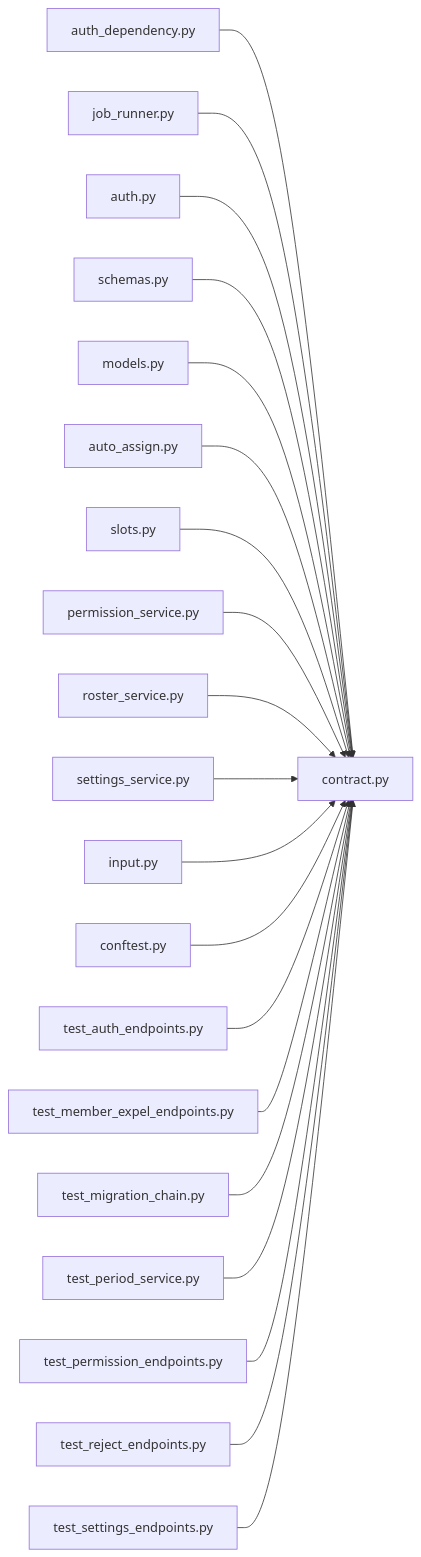
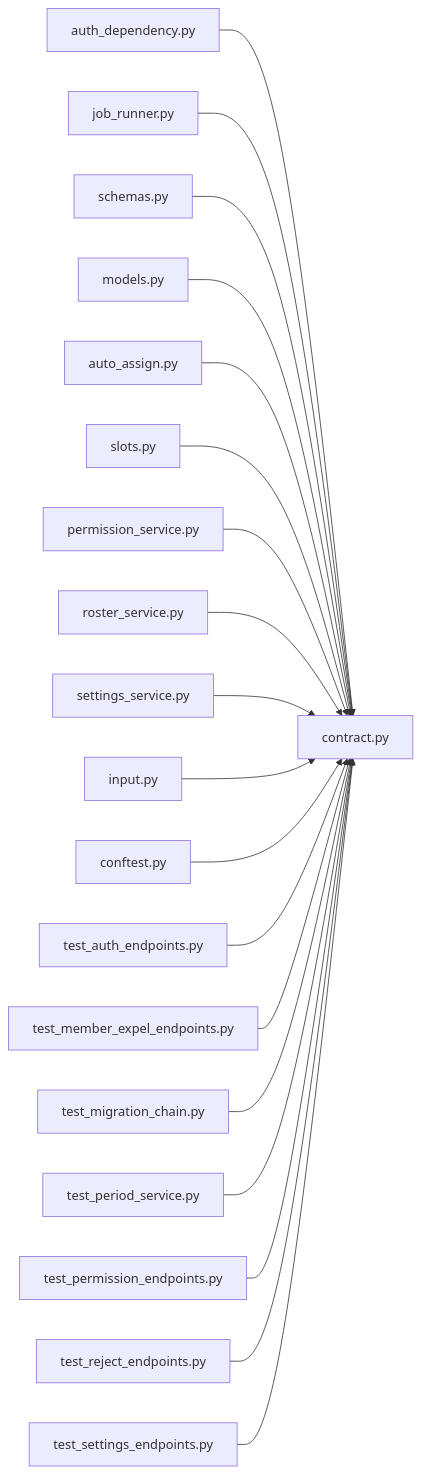
One commit to minkong-dev/Banblit changed the diagram in .cluedoc/graph/backend/src/backend/contract.md. Above: the diagram before and after it, drawn with Mermaid. The commit also changed other lines of this file and 50 other files, not shown here.

````diff
--- a/.cluedoc/graph/backend/src/backend/contract.md
+++ b/.cluedoc/graph/backend/src/backend/contract.md
@@ -10,23 +10,22 @@
 ```mermaid
 flowchart LR
   backend_src_backend_contract["contract.py"]
   backend_src_backend_api_auth_dependency["auth_dependency.py"] --> backend_src_backend_contract
   backend_src_backend_api_job_runner["job_runner.py"] --> backend_src_backend_contract
-  backend_src_backend_api_routers_auth["auth.py"] --> backend_src_backend_contract
   backend_src_backend_api_schemas["schemas.py"] --> backend_src_backend_contract
   backend_src_backend_db_models["models.py"] --> backend_src_backend_contract
   backend_src_backend_jobs_auto_assign["auto_assign.py"] --> backend_src_backend_contract
   backend_src_backend_scheduling_slots["slots.py"] --> backend_src_backend_contract
   backend_src_backend_services_permission_permission_service["permission_service.py"] --> backend_src_backend_contract
   backend_src_backend_services_roster_roster_service["roster_service.py"] --> backend_src_backend_contract
   backend_src_backend_services_settings_settings_service["settings_service.py"] --> backend_src_backend_contract
   backend_src_backend_services_validation_input["input.py"] --> backend_src_backend_contract
   backend_tests_conftest["conftest.py"] --> backend_src_backend_contract
   backend_tests_integration_db_test_auth_endpoints["test_auth_endpoints.py"] --> backend_src_backend_contract
   backend_tests_integration_db_test_member_expel_endpoints["test_member_expel_endpoints.py"] --> backend_src_backend_contract
   backend_tests_integration_db_test_migration_chain["test_migration_chain.py"] --> backend_src_backend_contract
   backend_tests_integration_db_test_period_service["test_period_service.py"] --> backend_src_backend_contract
   backend_tests_integration_db_test_permission_endpoints["test_permission_endpoints.py"] --> backend_src_backend_contract
   backend_tests_integration_db_test_reject_endpoints["test_reject_endpoints.py"] --> backend_src_backend_contract
   backend_tests_integration_db_test_settings_endpoints["test_settings_endpoints.py"] --> backend_src_backend_contract
 ```
````
